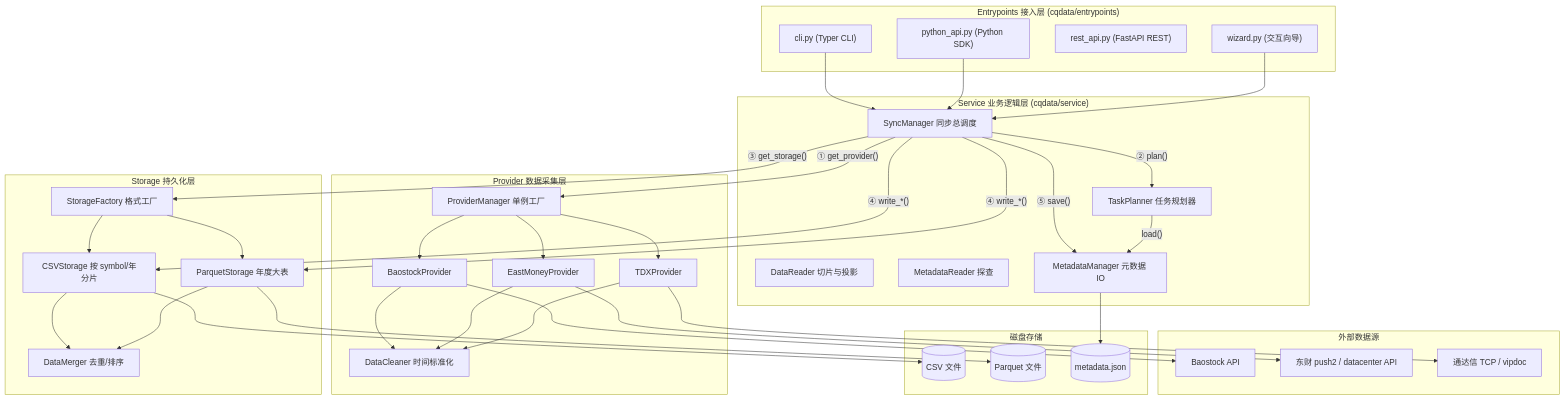
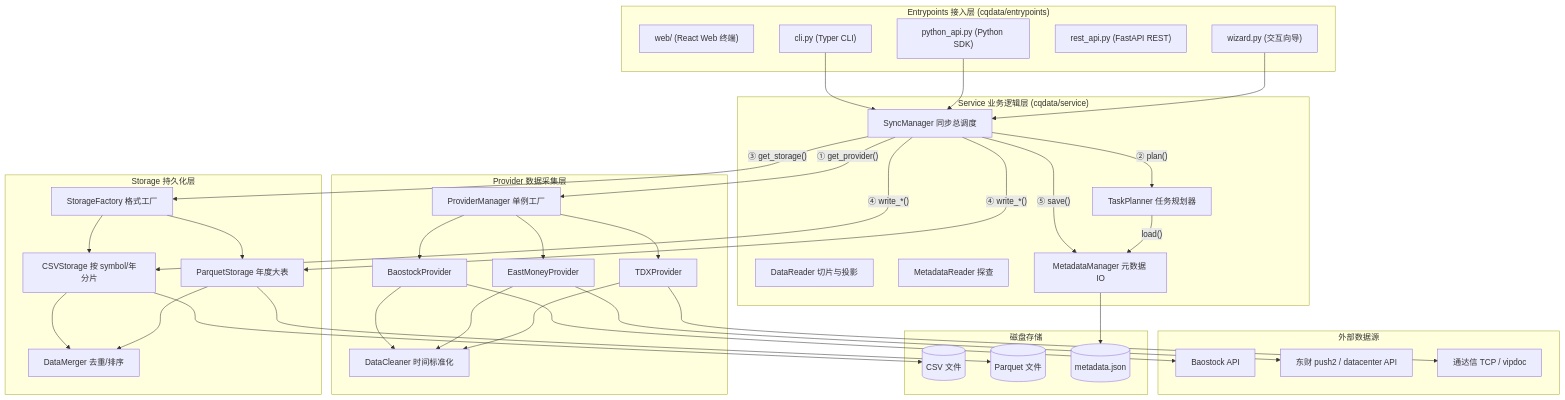
The diagram in AGENTS.md (CRThu/CarrotQuant.Data), drawn with Mermaid before and after one commit. The commit also changed other lines of this file and 40 other files, not shown here.

Commit message:
feat: initialize web frontend project with React, Tailwind CSS, and indicator analysis tools

````diff
--- a/AGENTS.md
+++ b/AGENTS.md
@@ -48,68 +57,69 @@
 ```mermaid
 graph TB
     subgraph Entrypoints["Entrypoints 接入层 (cqdata/entrypoints)"]
+        WEB["web/ (React Web 终端)"]
         PYTHON_API["python_api.py (Python SDK)"]
         CLI["cli.py (Typer CLI)"]
         REST["rest_api.py (FastAPI REST)"]
         WIZARD["wizard.py (交互向导)"]
     end
 
     subgraph Service["Service 业务逻辑层 (cqdata/service)"]
         SM["SyncManager 同步总调度"]
         DR["DataReader 切片与投影"]
         MR["MetadataReader 探查"]
         TP["TaskPlanner 任务规划器"]
         MM["MetadataManager 元数据 IO"]
     end
 
     subgraph Provider["Provider 数据采集层"]
         PM["ProviderManager 单例工厂"]
         BP["BaostockProvider"]
         EP["EastMoneyProvider"]
         TP_DRV["TDXProvider"]
         DC["DataCleaner 时间标准化"]
     end
 
     subgraph Storage["Storage 持久化层"]
         SF["StorageFactory 格式工厂"]
         CSV["CSVStorage 按 symbol/年分片"]
         PQ["ParquetStorage 年度大表"]
         DM["DataMerger 去重/排序"]
     end
 
     subgraph External["外部数据源"]
         BAOSTOCK["Baostock API"]
         EASTMONEY["东财 push2 / datacenter API"]
         TDX["通达信 TCP / vipdoc"]
     end
 
     subgraph Disk["磁盘存储"]
         CSV_FILES[("CSV 文件")]
         PQ_FILES[("Parquet 文件")]
         META[("metadata.json")]
     end
 
     CLI --> SM
     PYTHON_API --> SM
     WIZARD --> SM
 
     SM -->|"① get_provider()"| PM
     SM -->|"② plan()"| TP
     SM -->|"③ get_storage()"| SF
     SM -->|"④ write_*()"| CSV
     SM -->|"④ write_*()"| PQ
     SM -->|"⑤ save()"| MM
 
     TP -->|"load()"| MM
     PM --> BP & EP & TP_DRV
     BP --> BAOSTOCK
     EP --> EASTMONEY
     TP_DRV --> TDX
     BP & EP & TP_DRV --> DC
 
     SF --> CSV & PQ
     CSV & PQ --> DM
     CSV --> CSV_FILES
     PQ --> PQ_FILES
     MM --> META
 ```
````
